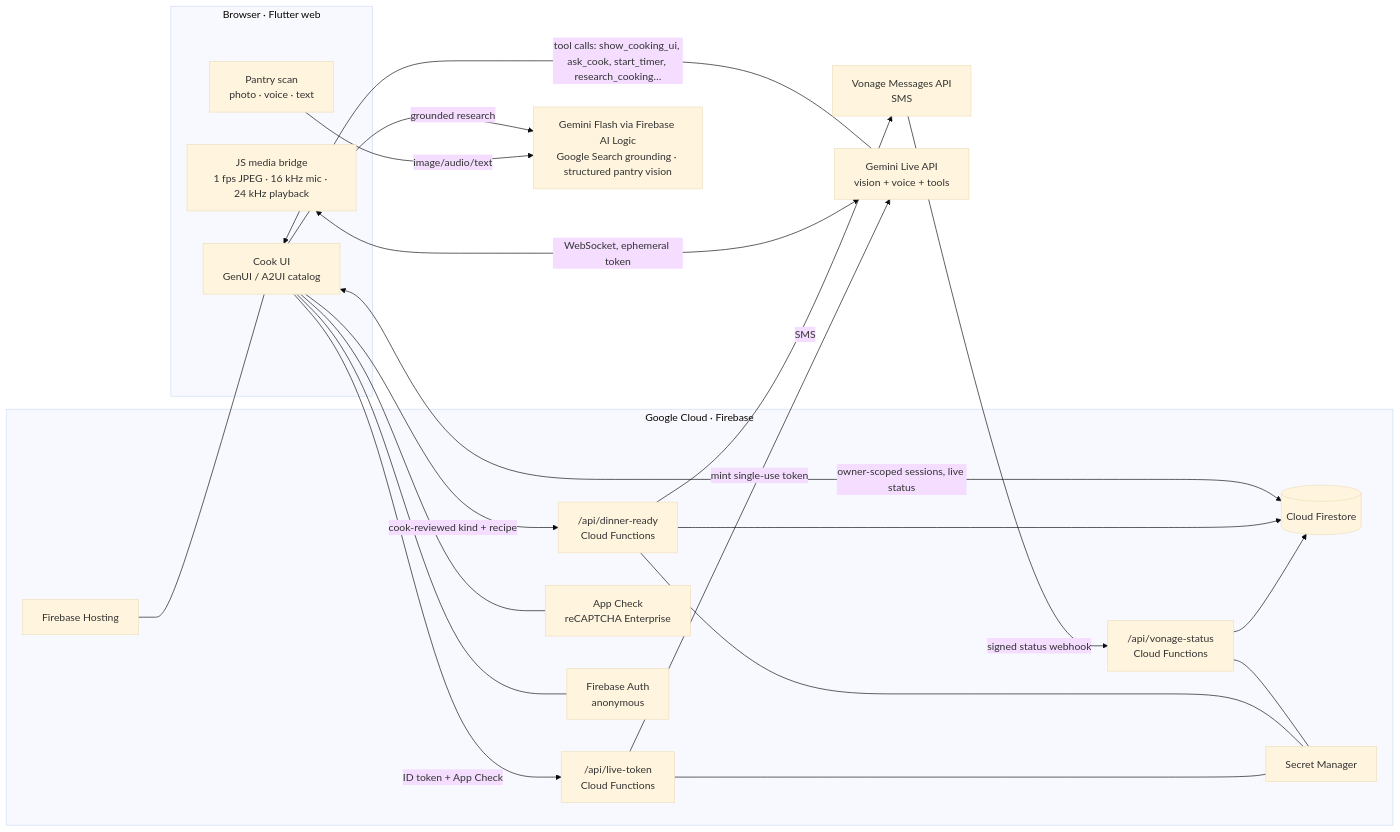
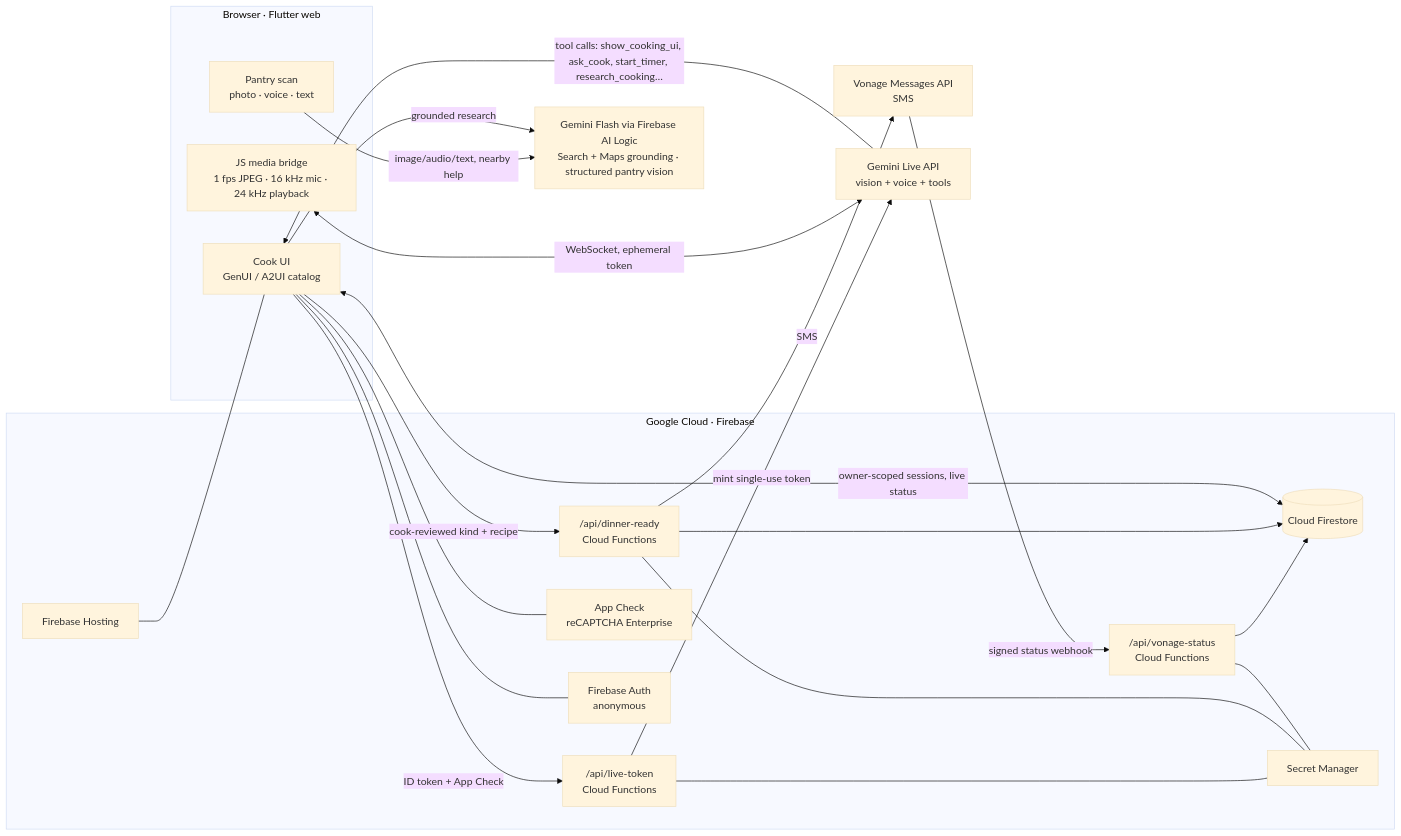
One commit to terryhh/SousSight changed the diagram in README.md. Above: the diagram before and after it, drawn with Mermaid (base theme). The commit also changed other lines of this file and 2 other files, not shown here.

Commit message:
Document Maps grounding, allergy-first start and cost guardrails

````diff
--- a/README.md
+++ b/README.md
@@ -19,37 +20,37 @@
 ```mermaid
 flowchart LR
   subgraph Browser["Browser · Flutter web"]
     UI["Cook UI<br/>GenUI / A2UI catalog"]
     Pantry["Pantry scan<br/>photo · voice · text"]
     Bridge["JS media bridge<br/>1 fps JPEG · 16 kHz mic · 24 kHz playback"]
   end
   subgraph Google["Google Cloud · Firebase"]
     Hosting["Firebase Hosting"]
     Token["/api/live-token<br/>Cloud Functions"]
     Dinner["/api/dinner-ready<br/>Cloud Functions"]
     Status["/api/vonage-status<br/>Cloud Functions"]
     FS[("Cloud Firestore")]
     SM["Secret Manager"]
     AC["App Check<br/>reCAPTCHA Enterprise"]
     Auth["Firebase Auth<br/>anonymous"]
   end
   Live["Gemini Live API<br/>vision + voice + tools"]
-  Flash["Gemini Flash via Firebase AI Logic<br/>Google Search grounding · structured pantry vision"]
+  Flash["Gemini Flash via Firebase AI Logic<br/>Search + Maps grounding · structured pantry vision"]
   Vonage["Vonage Messages API<br/>SMS"]
 
-  Pantry -->|image/audio/text| Flash
+  Pantry -->|image/audio/text, nearby help| Flash
   UI -->|grounded research| Flash
   Bridge <-->|WebSocket, ephemeral token| Live
   Live -->|tool calls: show_cooking_ui, ask_cook, start_timer, research_cooking…| UI
   UI -->|ID token + App Check| Token
   Token -->|mint single-use token| Live
   UI -->|cook-reviewed kind + recipe| Dinner
   Dinner -->|SMS| Vonage
   Vonage -->|signed status webhook| Status
   Status --> FS
   Dinner --> FS
   UI <-->|owner-scoped sessions, live status| FS
   Token & Dinner & Status --- SM
   UI --- AC & Auth
   Hosting --- UI
 ```
````
